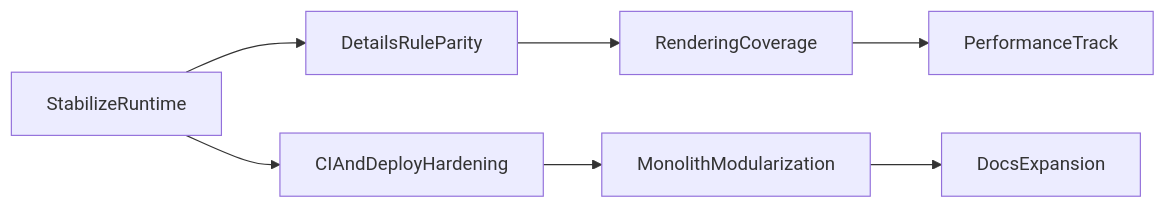
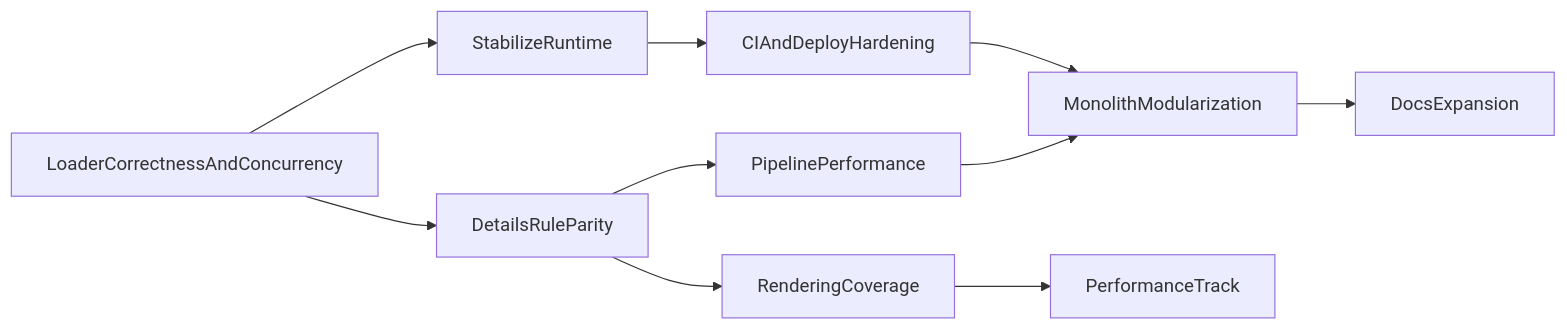
The diagram in docs/governance/roadmap.md (WhyIsSandwich/SeaBlock), drawn with Mermaid before and after one commit. The commit also changed other lines of this file and 6 other files, not shown here.

````diff
--- a/docs/governance/roadmap.md
+++ b/docs/governance/roadmap.md
@@ -82,9 +90,12 @@
 ```mermaid
 flowchart LR
-  stabilizeRuntime[StabilizeRuntime] --> detailsParity[DetailsRuleParity]
+  loaderCorrectness[LoaderCorrectnessAndConcurrency] --> stabilizeRuntime[StabilizeRuntime]
+  loaderCorrectness --> detailsParity[DetailsRuleParity]
   stabilizeRuntime --> ciHardening[CIAndDeployHardening]
+  detailsParity --> pipelinePerf[PipelinePerformance]
   detailsParity --> renderingCoverage[RenderingCoverage]
   ciHardening --> modularization[MonolithModularization]
+  pipelinePerf --> modularization
   renderingCoverage --> performanceTrack[PerformanceTrack]
   modularization --> docsExpansion[DocsExpansion]
 ```
````
